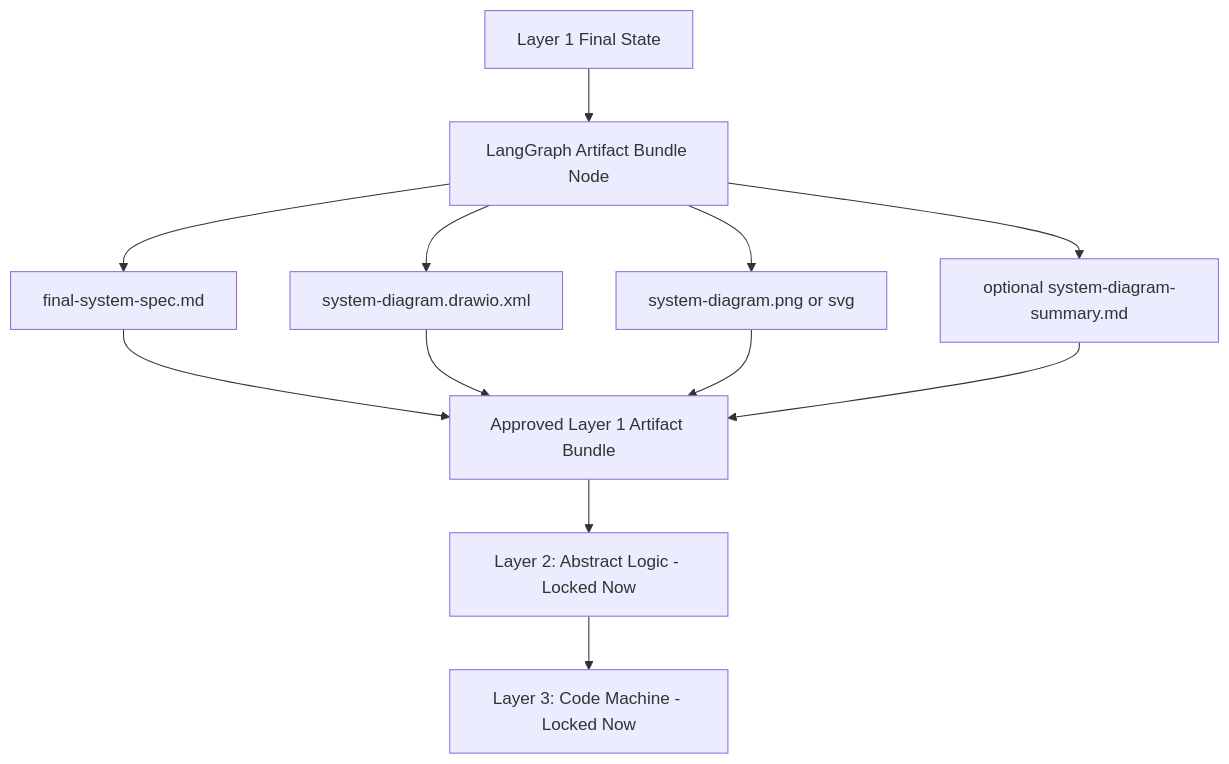
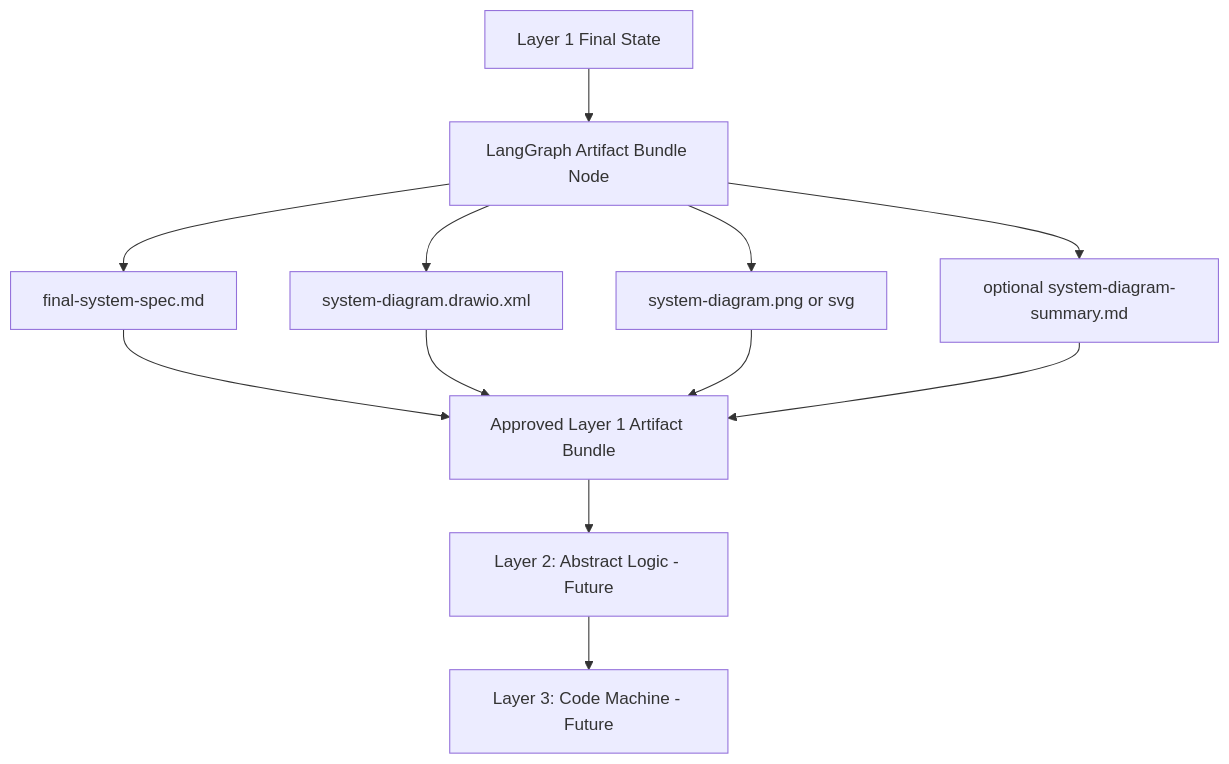
One commit to ProductMasterz/Mujarrad-Frontend changed diagram 17 of 19 in Docs/system-design-detailed-plan.md. Above: the diagram before and after it, drawn with Mermaid. The commit also changed other lines of this file, not shown here.

Commit message:
Sync corrected system design roadmap

````diff
--- a/Docs/system-design-detailed-plan.md
+++ b/Docs/system-design-detailed-plan.md
@@ -2392,16 +2463,16 @@
 ```mermaid
 flowchart TD
     A[Layer 1 Final State] --> B[LangGraph Artifact Bundle Node]
     B --> C[final-system-spec.md]
     B --> D[system-diagram.drawio.xml]
     B --> E[system-diagram.png or svg]
     B --> F[optional system-diagram-summary.md]
 
     C --> G[Approved Layer 1 Artifact Bundle]
     D --> G
     E --> G
     F --> G
 
-    G --> H[Layer 2: Abstract Logic - Locked Now]
-    H --> I[Layer 3: Code Machine - Locked Now]
+    G --> H[Layer 2: Abstract Logic - Future]
+    H --> I[Layer 3: Code Machine - Future]
 ```
````
